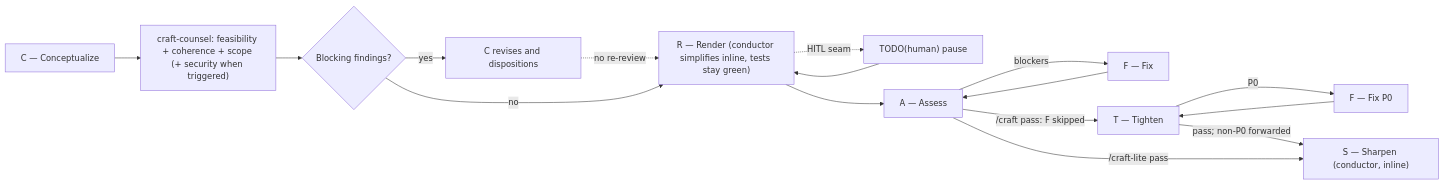
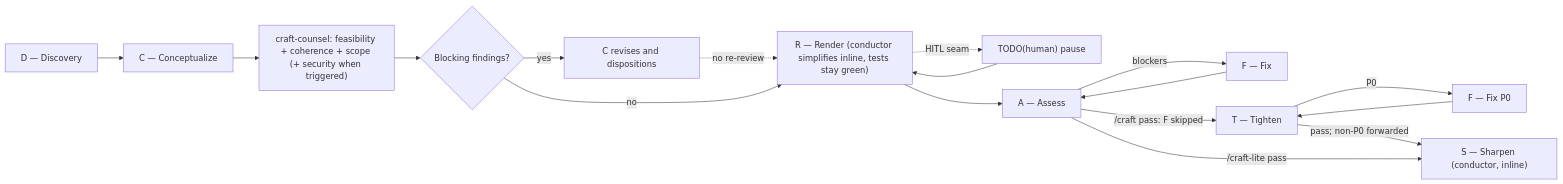
The first of 2 diagrams in README.md (kylerberry/craft-harness), drawn with Mermaid before and after one commit. The commit also changed other lines of this file and 9 other files, not shown here.

Commit message:
[n8] activate versioned Discovery before Conceptualize

````diff
--- a/README.md
+++ b/README.md
@@ -5,20 +5,21 @@
 ```mermaid
 flowchart LR
-    C["C — Conceptualize"] --> COUNSEL["craft-counsel: feasibility + coherence + scope (+ security when triggered)"]
+    D["D — Discovery"] --> C["C — Conceptualize"]
+    C --> COUNSEL["craft-counsel: feasibility + coherence + scope (+ security when triggered)"]
 
     COUNSEL --> GATE{"Blocking findings?"}
     GATE -- "yes" --> REVISE["C revises and dispositions"]
     REVISE -. "no re-review" .-> R["R — Render (conductor simplifies inline, tests stay green)"]
     GATE -- "no" --> R
 
     R -. "HITL seam" .-> HUMAN["TODO(human) pause"]
     HUMAN --> R
     R --> A["A — Assess"]
     A -- "blockers" --> FA["F — Fix"]
     FA --> A
     A -- "/craft pass: F skipped" --> T["T — Tighten"]
     T -- "P0" --> FT["F — Fix P0"]
     FT --> T
     T -- "pass; non-P0 forwarded" --> S["S — Sharpen (conductor, inline)"]
     A -- "/craft-lite pass" --> S
 ```
````
